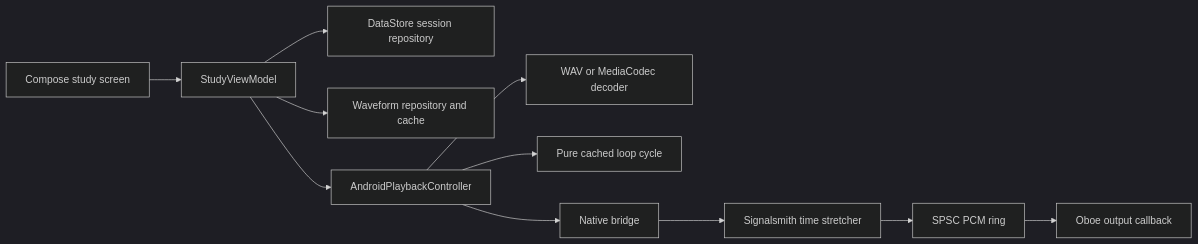
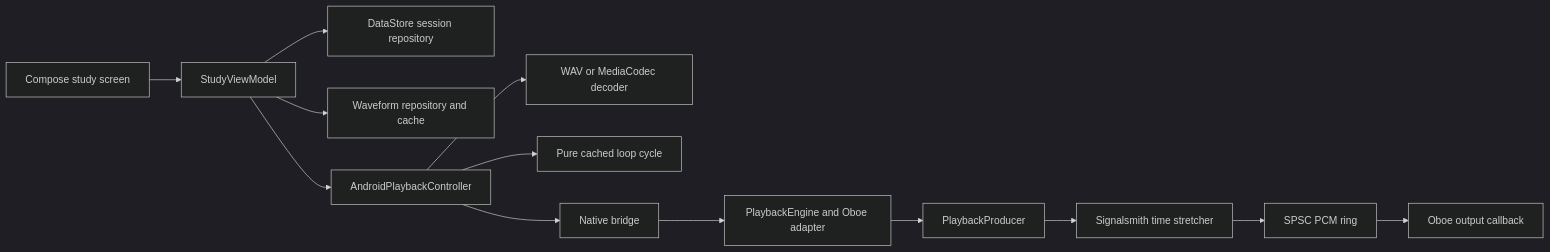
One commit to p33nah/loopo changed the diagram in docs/architecture.md. Above: the diagram before and after it, drawn with Mermaid (dark theme). The commit also changed other lines of this file and 8 other files, not shown here.

````diff
--- a/docs/architecture.md
+++ b/docs/architecture.md
@@ -5,13 +5,15 @@
 ```mermaid
 flowchart LR
     UI[Compose study screen] --> VM[StudyViewModel]
     VM --> Session[DataStore session repository]
     VM --> Waveform[Waveform repository and cache]
     VM --> Playback[AndroidPlaybackController]
     Playback --> Decoder[WAV or MediaCodec decoder]
     Playback --> Cycle[Pure cached loop cycle]
     Playback --> JNI[Native bridge]
-    JNI --> Stretch[Signalsmith time stretcher]
+    JNI --> Engine[PlaybackEngine and Oboe adapter]
+    Engine --> Producer[PlaybackProducer]
+    Producer --> Stretch[Signalsmith time stretcher]
     Stretch --> Ring[SPSC PCM ring]
     Ring --> Oboe[Oboe output callback]
 ```
````
